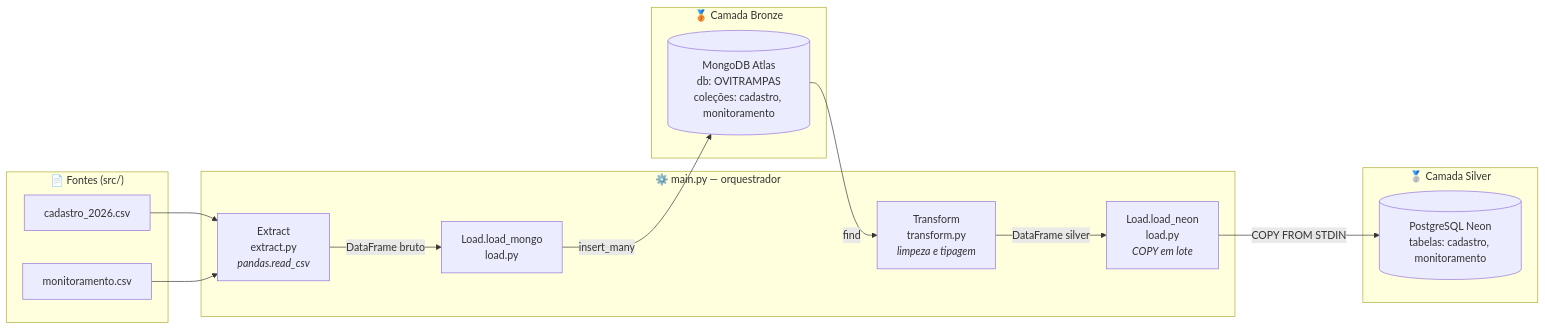
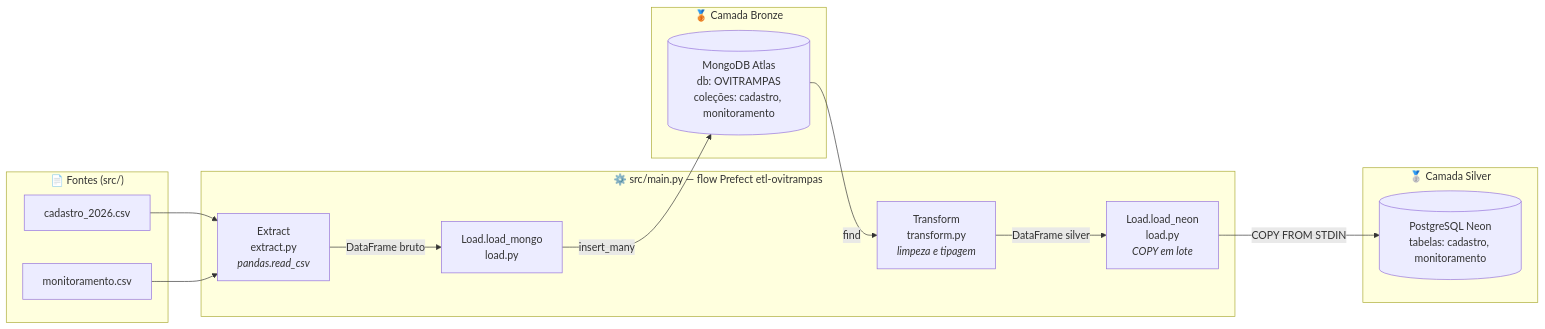
The diagram in README.md (GabrielRicardoA/ETL-GEVACZ), drawn with Mermaid before and after one commit. The commit also changed other lines of this file, not shown here.

Commit message:
atualizacao do README com o orquestrador Prefect

````diff
--- a/README.md
+++ b/README.md
@@ -10,30 +10,30 @@
 ```mermaid
 flowchart LR
     subgraph Fontes["📄 Fontes (src/)"]
         C1[cadastro_2026.csv]
         C2[monitoramento.csv]
     end
 
-    subgraph Pipeline["⚙️ main.py — orquestrador"]
+    subgraph Pipeline["⚙️ src/main.py — flow Prefect etl-ovitrampas"]
         E[Extract<br/>extract.py<br/><i>pandas.read_csv</i>]
         LB[Load.load_mongo<br/>load.py]
         T[Transform<br/>transform.py<br/><i>limpeza e tipagem</i>]
         LS[Load.load_neon<br/>load.py<br/><i>COPY em lote</i>]
     end
 
     subgraph Bronze["🥉 Camada Bronze"]
         M[(MongoDB Atlas<br/>db: OVITRAMPAS<br/>coleções: cadastro, monitoramento)]
     end
 
     subgraph Silver["🥈 Camada Silver"]
         N[(PostgreSQL Neon<br/>tabelas: cadastro, monitoramento)]
     end
 
     C1 --> E
     C2 --> E
     E -- DataFrame bruto --> LB
     LB -- insert_many --> M
     M -- find --> T
     T -- DataFrame silver --> LS
     LS -- COPY FROM STDIN --> N
 ```
````
